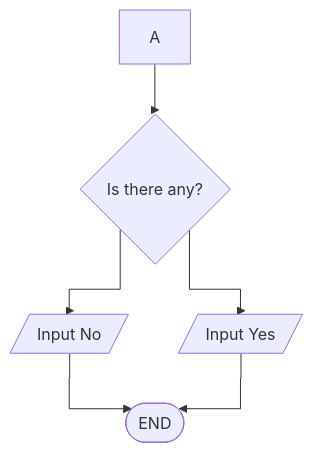
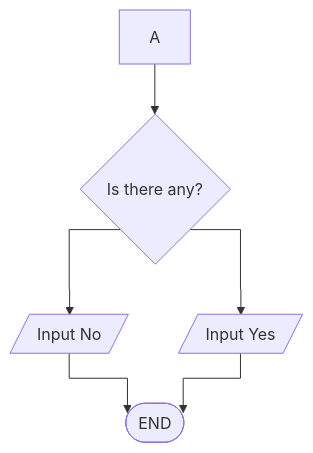
Before and after one commit to Quebada-1CPE-A/Computer-Engineering-Shenanigans: the diagram in mermaid.md, drawn with Mermaid.

Commit message:
Back to SQ1

````diff
--- a/mermaid.md
+++ b/mermaid.md
@@ -1,9 +1,9 @@
 ```mermaid
-%%{ init: {'flowchart" : {'curve': 'stepBefore'}}}%%
+%%{ init: {'flowchart" : {'curve': 'stepAfter'}}}%%
 flowchart TD
     A --> B{Is there any?}
     B --> C[/Input Yes/]
     B --> D[/Input No/]
     D --> E([END])
     C --> E 
 ```
````
